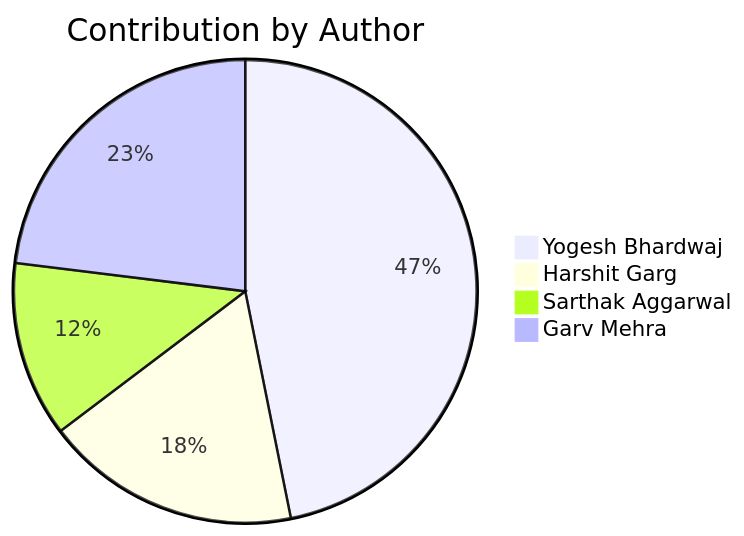
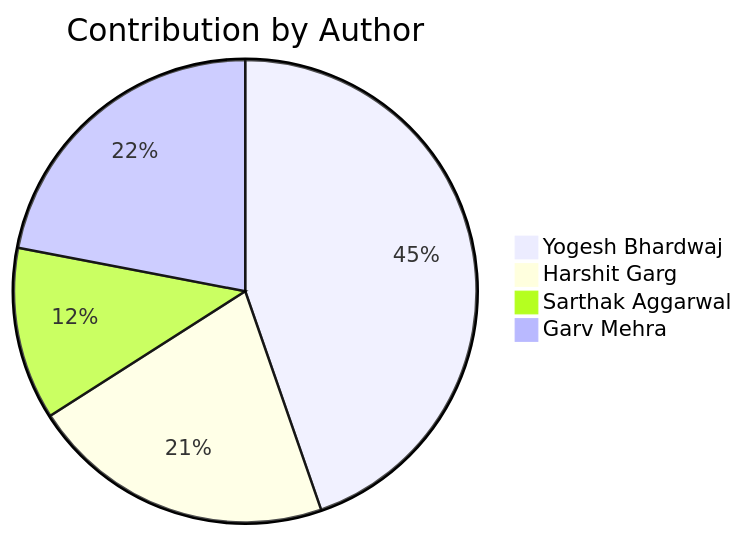
One commit to Yogesh-Bhardwaj-hue/Scm-Final_2.0 changed the second of 2 diagrams in README.md. Above: the diagram before and after it, drawn with Mermaid. The commit also changed other lines of this file, not shown here.

Commit message:
fJoJ3zPtpSMb

````diff
--- a/README.md
+++ b/README.md
@@ -190,7 +190,7 @@
 ```mermaid
 pie title Contribution by Author
     "Yogesh Bhardwaj": 126
-    "Harshit Garg": 48
-    "Sarthak Aggarwal": 33
+    "Harshit Garg": 60
+    "Sarthak Aggarwal": 34
     "Garv Mehra": 62
 ```
````
